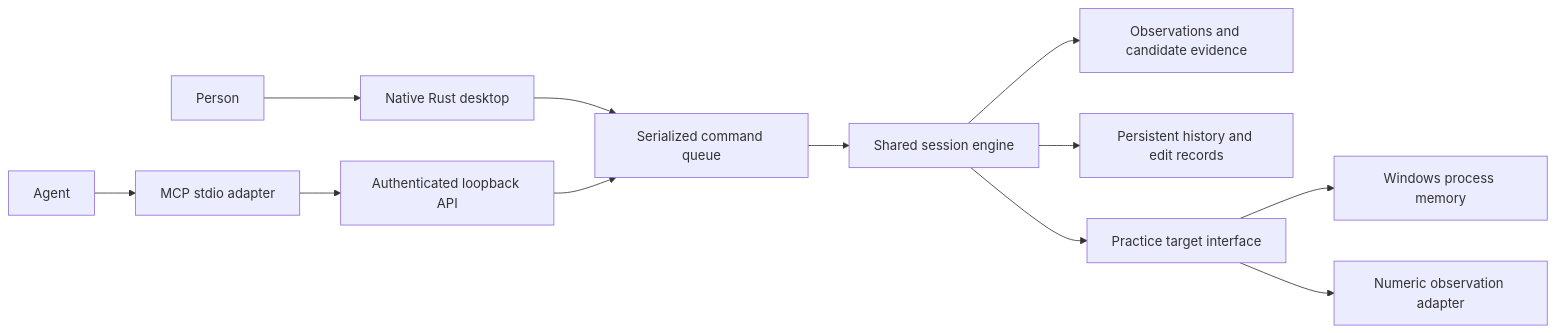
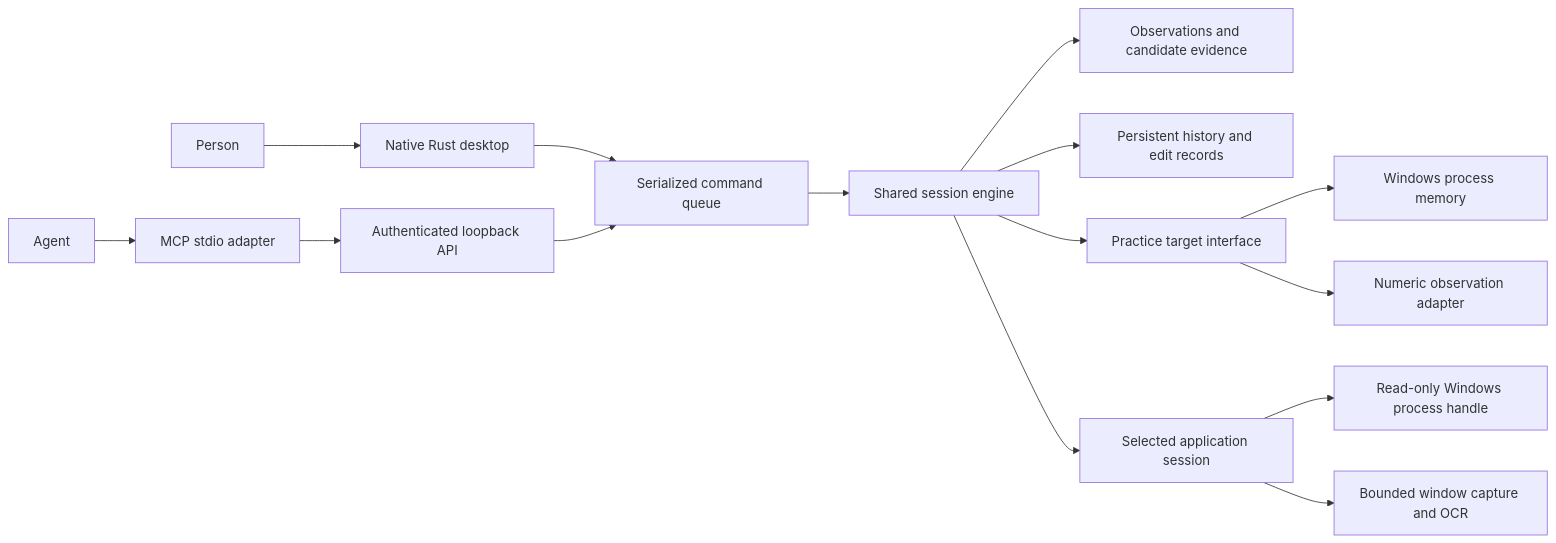
One commit to skulitom/Reversebolt changed the diagram in docs/ARCHITECTURE.md. Above: the diagram before and after it, drawn with Mermaid. The commit also changed other lines of this file and 19 other files, not shown here.

````diff
--- a/docs/ARCHITECTURE.md
+++ b/docs/ARCHITECTURE.md
@@ -3,14 +3,17 @@
 ```mermaid
 flowchart LR
     Person[Person] --> Desktop[Native Rust desktop]
     Agent[Agent] --> MCP[MCP stdio adapter]
     MCP --> API[Authenticated loopback API]
     Desktop --> Queue[Serialized command queue]
     API --> Queue
     Queue --> Engine[Shared session engine]
     Engine --> Evidence[Observations and candidate evidence]
     Engine --> History[Persistent history and edit records]
     Engine --> Target[Practice target interface]
+    Engine --> Live[Selected application session]
+    Live --> Native[Read-only Windows process handle]
+    Live --> Window[Bounded window capture and OCR]
     Target --> Memory[Windows process memory]
     Target --> Observations[Numeric observation adapter]
 ```
````
